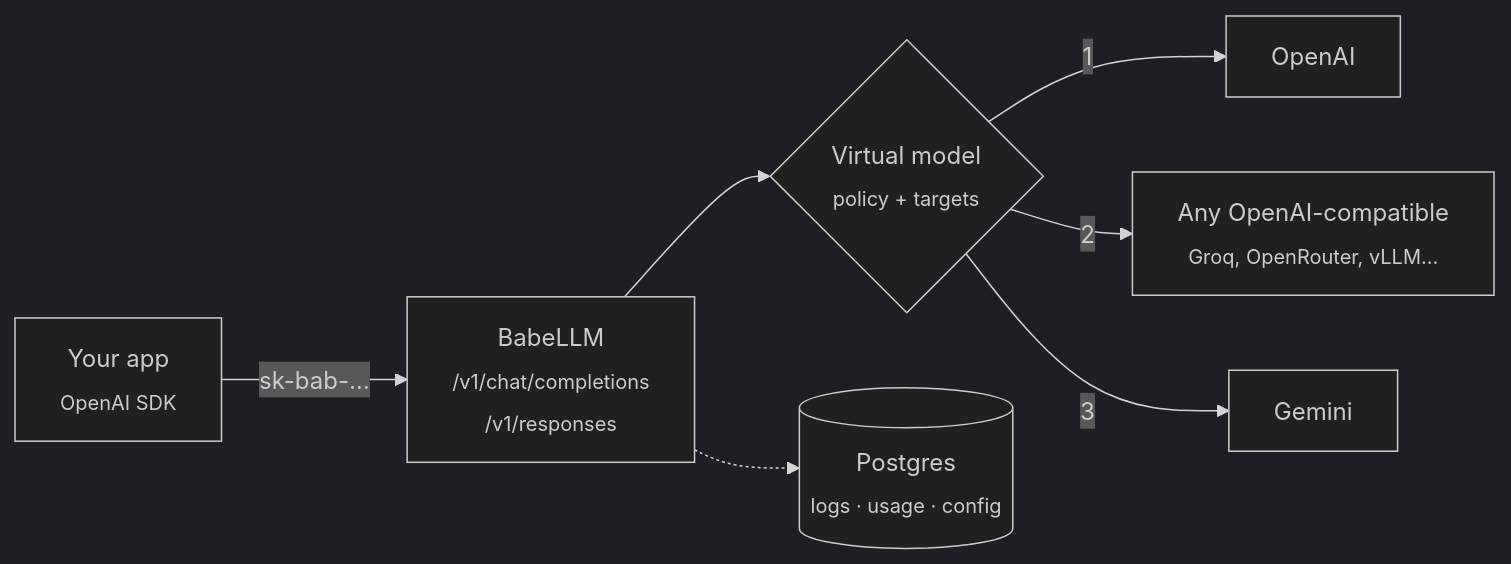
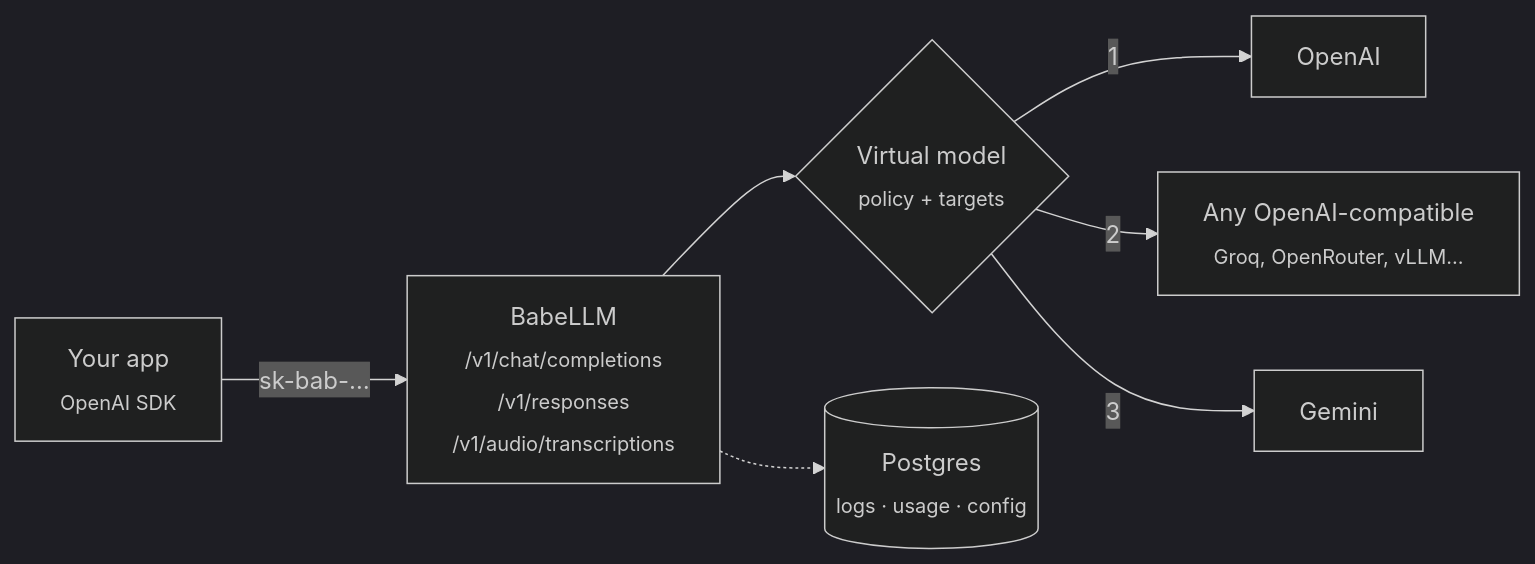
The diagram in README.md (slzdev/babellm-gateway), drawn with Mermaid (dark theme) before and after one commit. The commit also changed other lines of this file and 54 other files, not shown here.

First line of the commit message:
feat(gateway): serve the OpenAI audio transcriptions API (#13)

````diff
--- a/README.md
+++ b/README.md
@@ -104,9 +118,9 @@
 ```mermaid
 flowchart LR
-    A["Your app<br/><sub>OpenAI SDK</sub>"] -->|"sk-bab-…"| B["BabeLLM<br/><sub>/v1/chat/completions<br/>/v1/responses</sub>"]
+    A["Your app<br/><sub>OpenAI SDK</sub>"] -->|"sk-bab-…"| B["BabeLLM<br/><sub>/v1/chat/completions<br/>/v1/responses<br/>/v1/audio/transcriptions</sub>"]
     B --> C{"Virtual model<br/><sub>policy + targets</sub>"}
     C -->|1| D["OpenAI"]
     C -->|2| E["Any OpenAI-compatible<br/><sub>Groq, OpenRouter, vLLM…</sub>"]
     C -->|3| F["Gemini"]
     B -.-> G[("Postgres<br/><sub>logs · usage · config</sub>")]
 ```
````
